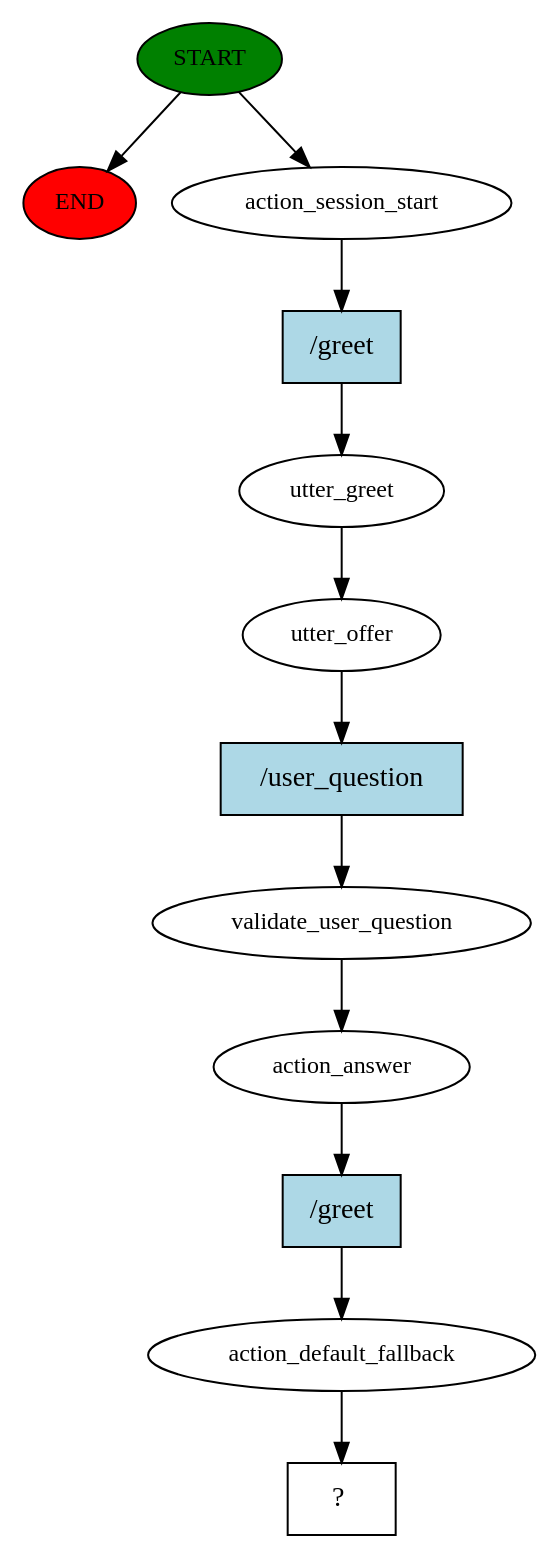
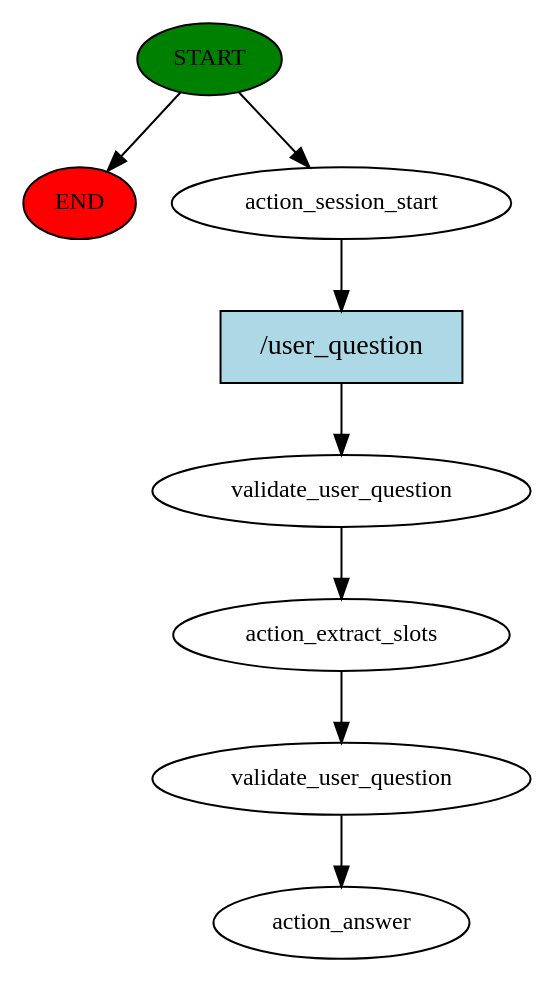
One commit to salama4ai/Rasa-chatbot- changed the diagram in story_graph.dot. Above: the diagram before and after it, drawn with Graphviz. The commit also changed 447 other files, not shown here.

```diff
--- a/story_graph.dot
+++ b/story_graph.dot
@@ -1,25 +1,17 @@
 digraph  {
 0 [class="start active", fillcolor=green, fontsize=12, label=START, style=filled];
 "-1" [class=end, fillcolor=red, fontsize=12, label=END, style=filled];
 1 [class=active, fontsize=12, label=action_session_start];
-2 [class=active, fontsize=12, label=utter_greet];
-3 [class=active, fontsize=12, label=utter_offer];
+2 [class=active, fontsize=12, label=validate_user_question];
+3 [class=active, fontsize=12, label=action_extract_slots];
 4 [class=active, fontsize=12, label=validate_user_question];
-5 [class=active, fontsize=12, label=action_answer];
-6 [class=active, fontsize=12, label=action_default_fallback];
-7 [class="intent dashed active", label="  ?  ", shape=rect];
-8 [class="intent active", fillcolor=lightblue, label="/greet", shape=rect, style=filled];
-9 [class="intent active", fillcolor=lightblue, label="/user_question", shape=rect, style=filled];
-10 [class="intent active", fillcolor=lightblue, label="/greet", shape=rect, style=filled];
+5 [class="dashed active", fontsize=12, label=action_answer];
+6 [class="intent active", fillcolor=lightblue, label="/user_question", shape=rect, style=filled];
 0 -> "-1"  [class="", key=NONE, label=""];
 0 -> 1  [class=active, key=NONE, label=""];
-1 -> 8  [class=active, key=0];
+1 -> 6  [class=active, key=0];
 2 -> 3  [class=active, key=NONE, label=""];
-3 -> 9  [class=active, key=0];
+3 -> 4  [class=active, key=NONE, label=""];
 4 -> 5  [class=active, key=NONE, label=""];
-5 -> 10  [class=active, key=0];
-6 -> 7  [class=active, key=NONE, label=""];
-8 -> 2  [class=active, key=0];
-9 -> 4  [class=active, key=0];
-10 -> 6  [class=active, key=0];
+6 -> 2  [class=active, key=0];
 }
```
